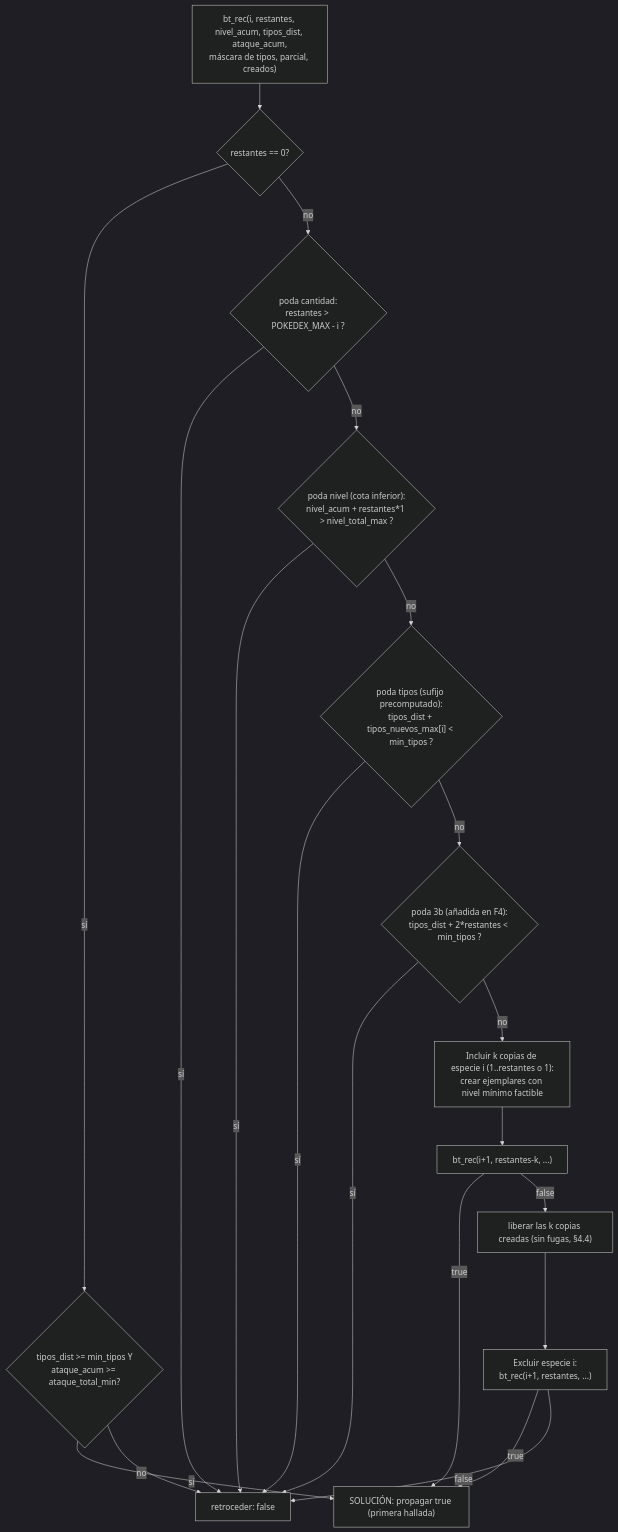
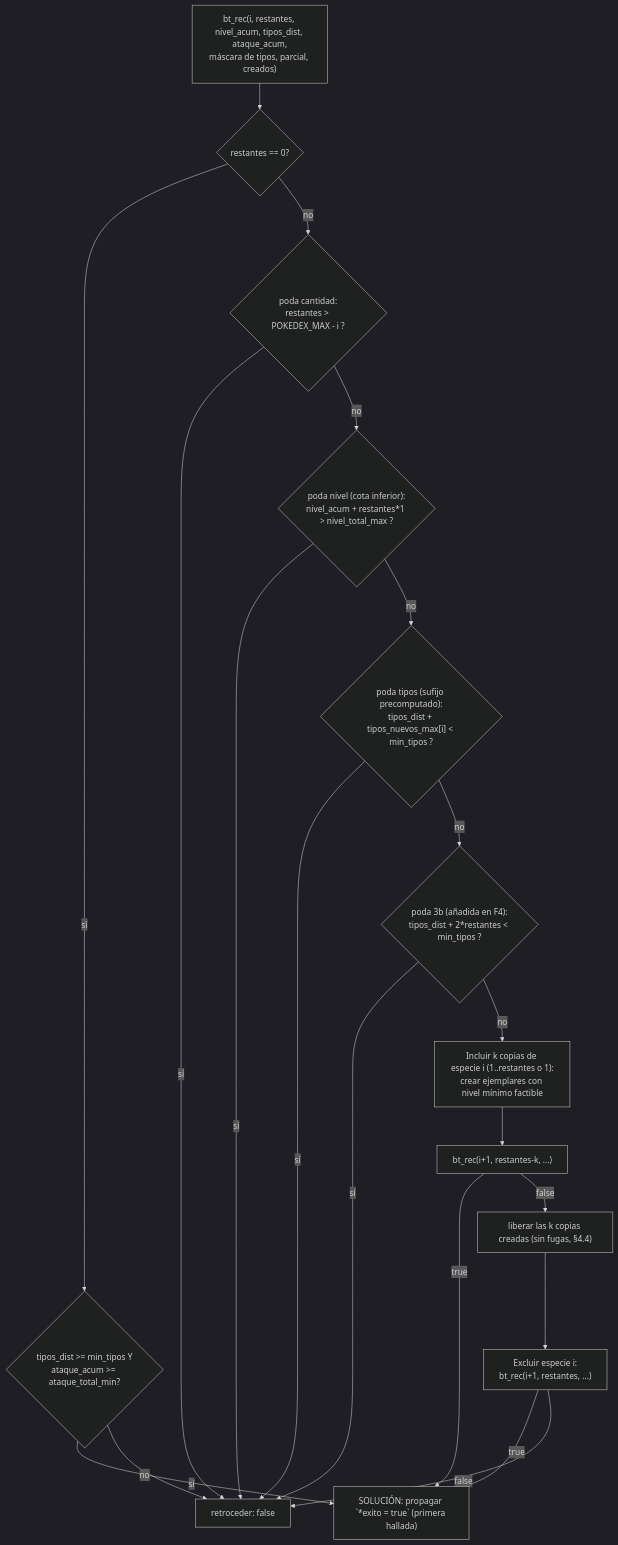
One commit to jmxsdev/gran-torneo-pokemon changed the third of 7 diagrams in docs/informe-tecnico.md. Above: the diagram before and after it, drawn with Mermaid (dark theme). The commit also changed other lines of this file and 3 other files, not shown here.

````diff
--- a/docs/informe-tecnico.md
+++ b/docs/informe-tecnico.md
@@ -110,22 +114,22 @@
 ```mermaid
 flowchart TD
     A["bt_rec(i, restantes, nivel_acum, tipos_dist, ataque_acum,\nmáscara de tipos, parcial, creados)"] --> B{"restantes == 0?"}
     B -- "sí" --> C{"tipos_dist >= min_tipos Y\nataque_acum >= ataque_total_min?"}
-    C -- "sí" --> D["SOLUCIÓN: propagar true (primera hallada)"]
+    C -- "sí" --> D["SOLUCIÓN: propagar `*exito = true` (primera hallada)"]
     C -- "no" --> E["retroceder: false"]
     B -- "no" --> F{"poda cantidad:\nrestantes > POKEDEX_MAX - i ?"}
     F -- "sí" --> E
     F -- "no" --> G{"poda nivel (cota inferior):\nnivel_acum + restantes*1 > nivel_total_max ?"}
     G -- "sí" --> E
     G -- "no" --> H{"poda tipos (sufijo precomputado):\ntipos_dist + tipos_nuevos_max[i] < min_tipos ?"}
     H -- "sí" --> E
     H -- "no" --> I{"poda 3b (añadida en F4):\ntipos_dist + 2*restantes < min_tipos ?"}
     I -- "sí" --> E
     I -- "no" --> J["Incluir k copias de especie i (1..restantes o 1):\ncrear ejemplares con nivel mínimo factible"]
     J --> K["bt_rec(i+1, restantes-k, ...)"]
     K -- "true" --> D
     K -- "false" --> L["liberar las k copias creadas (sin fugas, §4.4)"]
     L --> M["Excluir especie i:\nbt_rec(i+1, restantes, ...)"]
     M -- "true" --> D
     M -- "false" --> E
 ```
````
